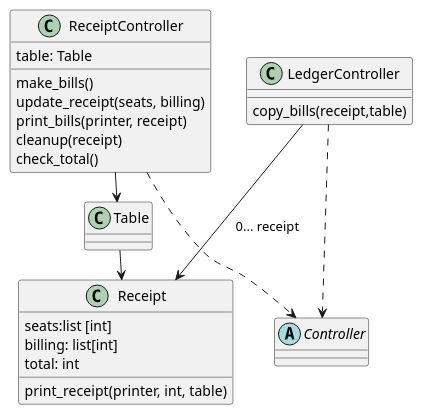
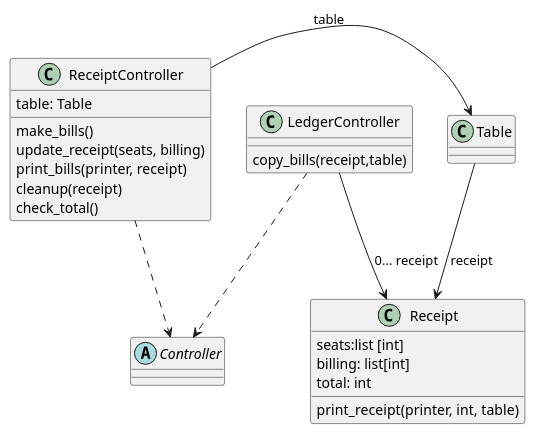
The diagram in Plant UML/ReceiptController.puml (grantbrooks18/Lab_5_OORMS), drawn with PlantUML before and after one commit. The commit also changed 1 other file, not shown here.

Commit message:
updated class diagram

```diff
--- a/Plant UML/ReceiptController.puml
+++ b/Plant UML/ReceiptController.puml
@@ -1,35 +1,35 @@
 @startuml
 'https://plantuml.com/class-diagram
 class LedgerController{
 copy_bills(receipt,table)
 }
 abstract Controller{
 
 }
 class Receipt{
 seats:list [int]
 billing: list[int]
 total: int
 
 print_receipt(printer, int, table)
 
 }
 class Table
 class ReceiptController{
 table: Table
 make_bills()
 update_receipt(seats, billing)
 print_bills(printer, receipt)
 cleanup(receipt)
 check_total()
 
 }
 
 ReceiptController..>Controller
 LedgerController..>Controller
 ReceiptController->Table:table
-Table -> Receipt:receipt
+Table --> Receipt: receipt
 
 LedgerController-->Receipt:0... receipt
 
 @enduml
```
